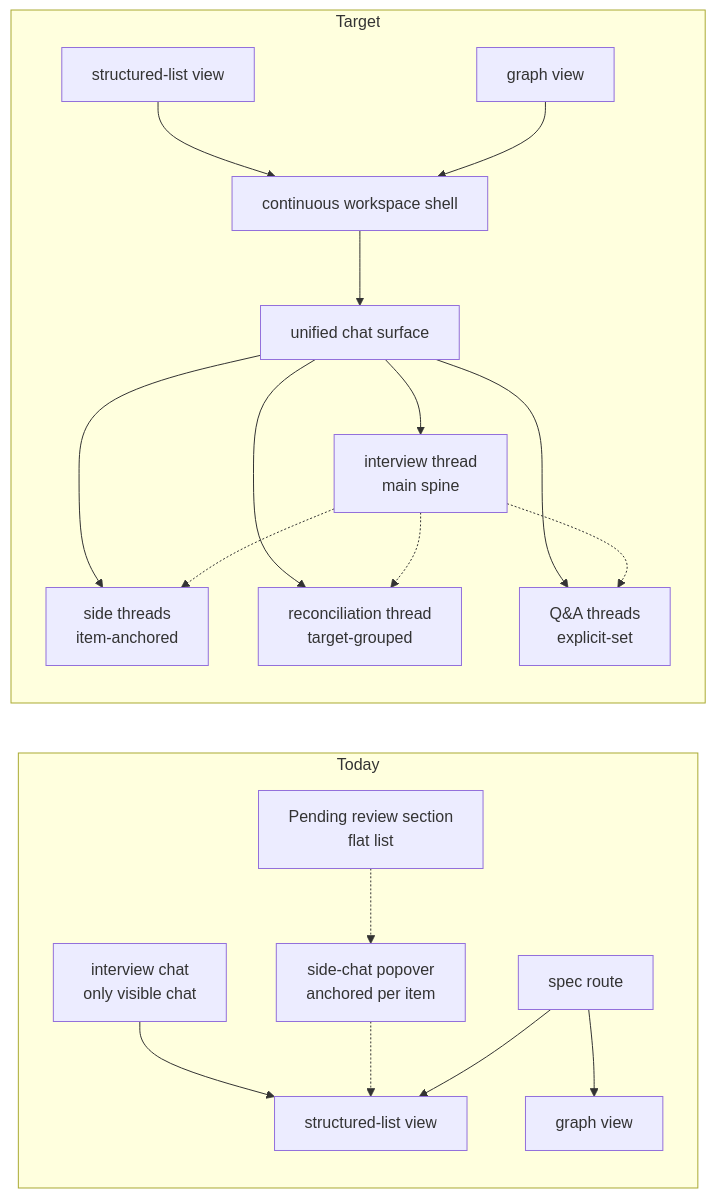
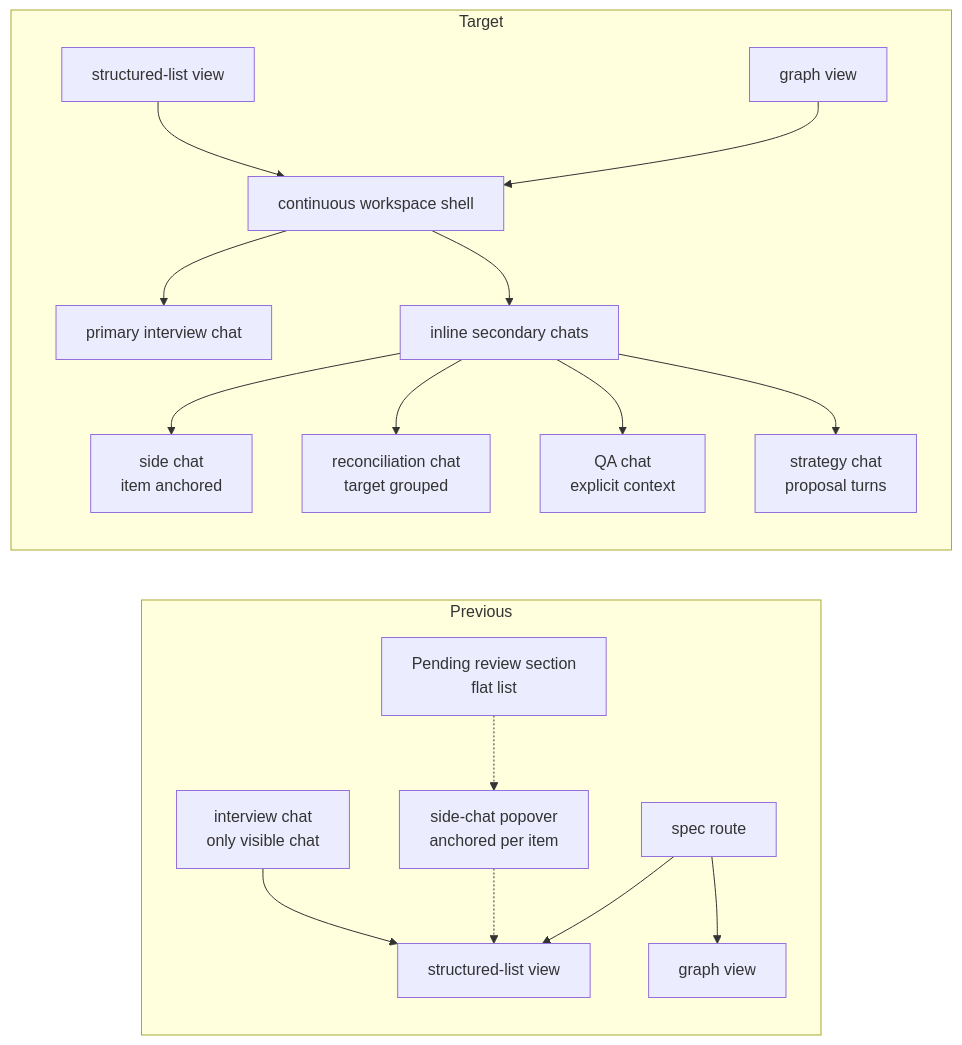
Before and after one commit to hashintel/brunch: the diagram in docs/design/CONVERSATIONAL_WORKSPACE_RUNTIME.md, drawn with Mermaid. The commit also changed other lines of this file and 3 other files, not shown here.

Commit message:
resolve threads and thread_context concepts

````diff
--- a/docs/design/CONVERSATIONAL_WORKSPACE_RUNTIME.md
+++ b/docs/design/CONVERSATIONAL_WORKSPACE_RUNTIME.md
@@ -49,23 +49,21 @@
 ```mermaid
 flowchart LR
-    subgraph Today
+    subgraph Previous
         S1[spec route] --> SLV[structured-list view]
         S1 --> GV[graph view]
         SC1[side-chat popover<br/>anchored per item] -.-> SLV
         PR1[Pending review section<br/>flat list] -.-> SC1
         IV1[interview chat<br/>only visible chat] --> SLV
     end
 
     subgraph Target
-        WS[continuous workspace shell] --> CR[unified chat surface]
-        CR --> IT[interview thread<br/>main spine]
-        CR --> ST[side threads<br/>item-anchored]
-        CR --> RT[reconciliation thread<br/>target-grouped]
-        CR --> QT[Q&A threads<br/>explicit-set]
-        IT -.-> ST
-        IT -.-> RT
-        IT -.-> QT
+        WS[continuous workspace shell] --> PS[primary interview chat]
+        WS --> SS[inline secondary chats]
+        SS --> SIDE[side chat<br/>item anchored]
+        SS --> REC[reconciliation chat<br/>target grouped]
+        SS --> QA[QA chat<br/>explicit context]
+        SS --> STR[strategy chat<br/>proposal turns]
         SLV2[structured-list view] --> WS
         GV2[graph view] --> WS
     end
 ```
````
